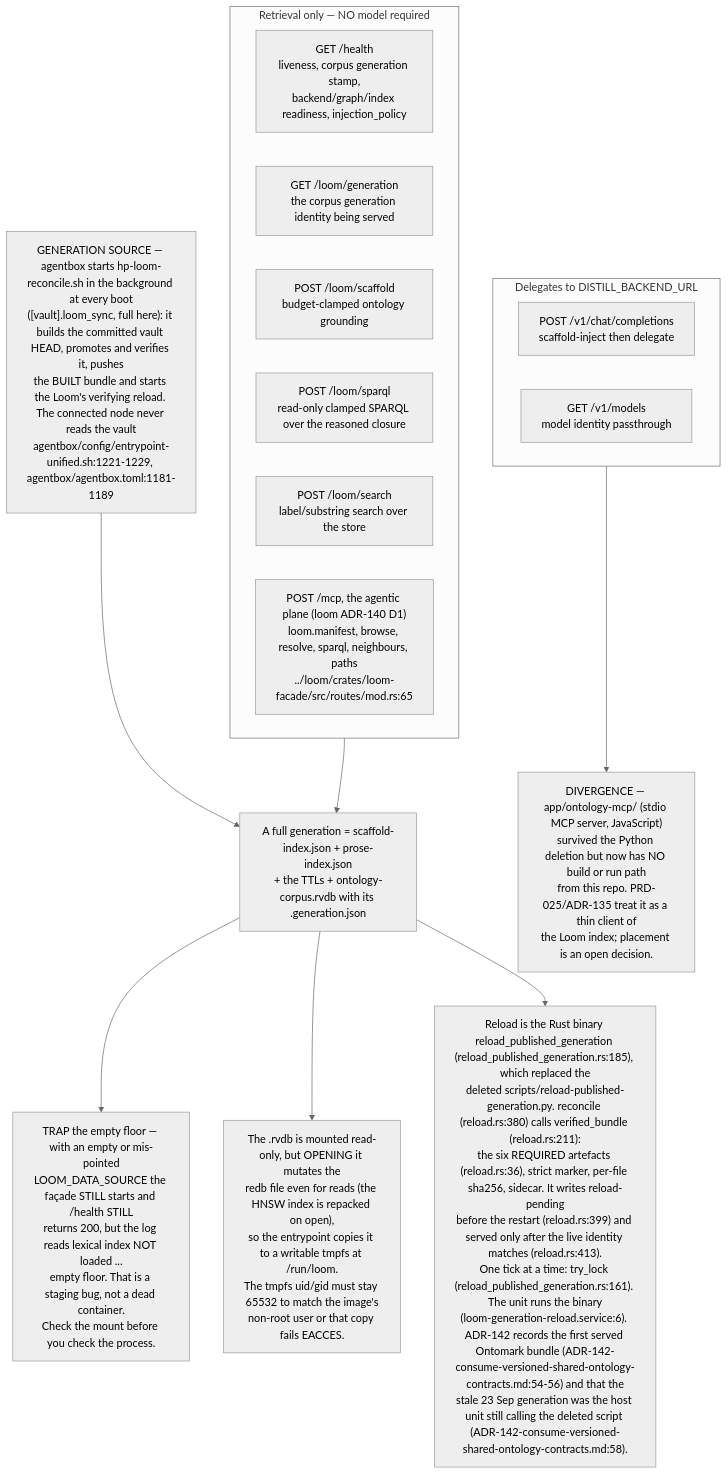
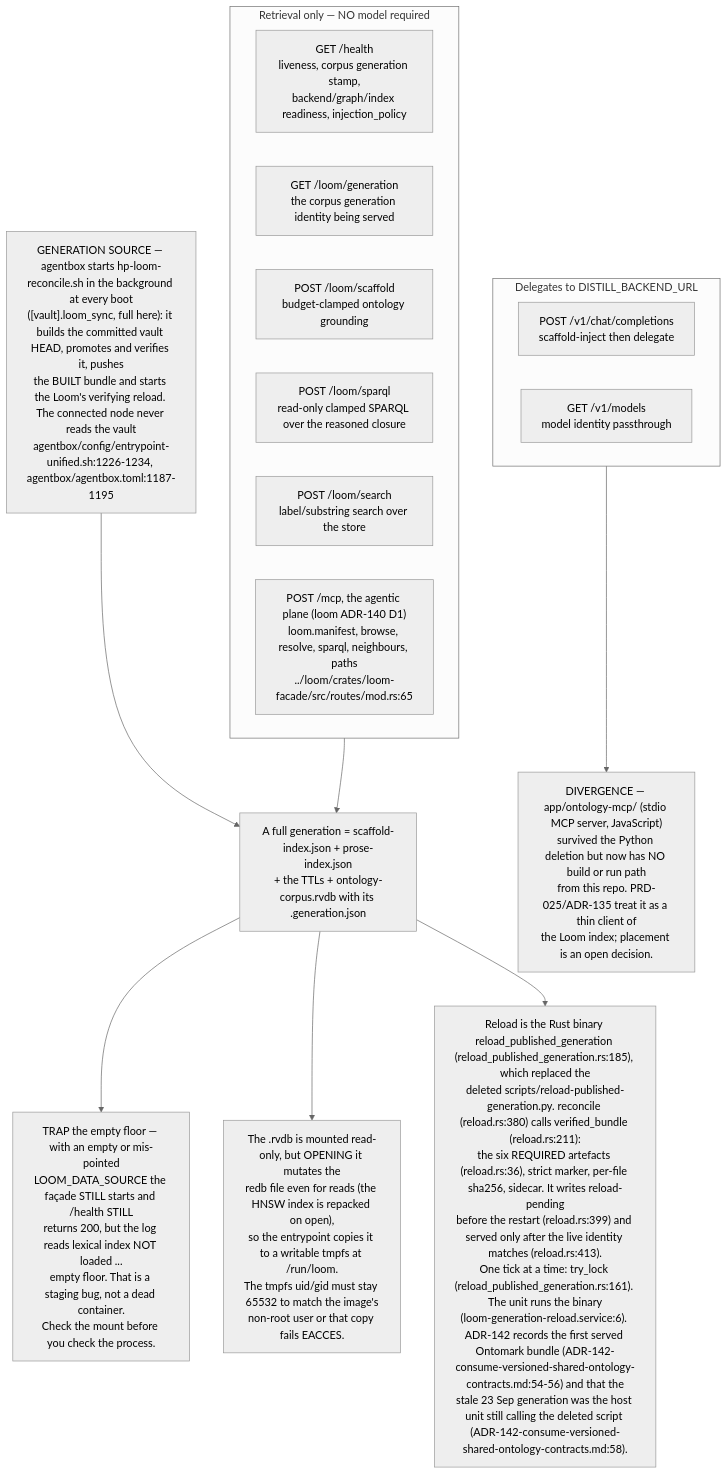
Before and after one commit to DreamLab-AI/VisionFlow: the sixth of 11 diagrams in docs/diagrams/estate/06-loom-and-email-privacy-path.md, drawn with Mermaid (neutral theme). The commit also changed other lines of this file and 154 other files, not shown here.

First line of the commit message:
docs(diagrams): re-stamp 154 topics whose every citation still reads the same text at the current heads

````diff
--- a/docs/diagrams/estate/06-loom-and-email-privacy-path.md
+++ b/docs/diagrams/estate/06-loom-and-email-privacy-path.md
@@ -207,29 +207,29 @@
 ```mermaid
 flowchart TB
     subgraph nomodel["Retrieval only — NO model required"]
         E1["GET /health<br/>liveness, corpus generation stamp,<br/>backend/graph/index readiness, injection_policy"]
         E2["GET /loom/generation<br/>the corpus generation identity being served"]
         E3["POST /loom/scaffold<br/>budget-clamped ontology grounding"]
         E4["POST /loom/sparql<br/>read-only clamped SPARQL over the reasoned closure"]
         E5["POST /loom/search<br/>label/substring search over the store"]
         E8["POST /mcp, the agentic plane (loom ADR-140 D1)<br/>loom.manifest, browse, resolve, sparql, neighbours, paths<br/>../loom/crates/loom-facade/src/routes/mod.rs:65"]
     end
     subgraph needsmodel["Delegates to DISTILL_BACKEND_URL"]
         E6["POST /v1/chat/completions<br/>scaffold-inject then delegate"]
         E7["GET /v1/models<br/>model identity passthrough"]
     end
     GEN["A full generation = scaffold-index.json + prose-index.json<br/>+ the TTLs + ontology-corpus.rvdb with its .generation.json"]
     T1["TRAP the empty floor — with an empty or mis-pointed<br/>LOOM_DATA_SOURCE the façade STILL starts and /health STILL<br/>returns 200, but the log reads lexical index NOT loaded ...<br/>empty floor. That is a staging bug, not a dead container.<br/>Check the mount before you check the process."]
     T2["The .rvdb is mounted read-only, but OPENING it mutates the<br/>redb file even for reads (the HNSW index is repacked on open),<br/>so the entrypoint copies it to a writable tmpfs at /run/loom.<br/>The tmpfs uid/gid must stay 65532 to match the image's<br/>non-root user or that copy fails EACCES."]
     D1["Reload is the Rust binary reload_published_generation (reload_published_generation.rs:185), which replaced the<br/>deleted scripts/reload-published-generation.py. reconcile (reload.rs:380) calls verified_bundle (reload.rs:211):<br/>the six REQUIRED artefacts (reload.rs:36), strict marker, per-file sha256, sidecar. It writes reload-pending<br/>before the restart (reload.rs:399) and served only after the live identity matches (reload.rs:413).<br/>One tick at a time: try_lock (reload_published_generation.rs:161). The unit runs the binary<br/>(loom-generation-reload.service:6). ADR-142 records the first served Ontomark bundle (ADR-142-consume-versioned-shared-ontology-contracts.md:54-56) and that the<br/>stale 23 Sep generation was the host unit still calling the deleted script (ADR-142-consume-versioned-shared-ontology-contracts.md:58)."]
     D2["DIVERGENCE — app/ontology-mcp/ (stdio MCP server, JavaScript)<br/>survived the Python deletion but now has NO build or run path<br/>from this repo. PRD-025/ADR-135 treat it as a thin client of<br/>the Loom index; placement is an open decision."]
 
-    RECON["GENERATION SOURCE — agentbox starts hp-loom-reconcile.sh in the background at every boot<br/>([vault].loom_sync, full here): it builds the committed vault HEAD, promotes and verifies it, pushes<br/>the BUILT bundle and starts the Loom's verifying reload. The connected node never reads the vault<br/>agentbox/config/entrypoint-unified.sh:1221-1229, agentbox/agentbox.toml:1181-1189"]
+    RECON["GENERATION SOURCE — agentbox starts hp-loom-reconcile.sh in the background at every boot<br/>([vault].loom_sync, full here): it builds the committed vault HEAD, promotes and verifies it, pushes<br/>the BUILT bundle and starts the Loom's verifying reload. The connected node never reads the vault<br/>agentbox/config/entrypoint-unified.sh:1226-1234, agentbox/agentbox.toml:1187-1195"]
 
     nomodel --> GEN
     RECON --> GEN
     GEN --> T1
     GEN --> T2
     GEN --> D1
     needsmodel --> D2
 ```
````
